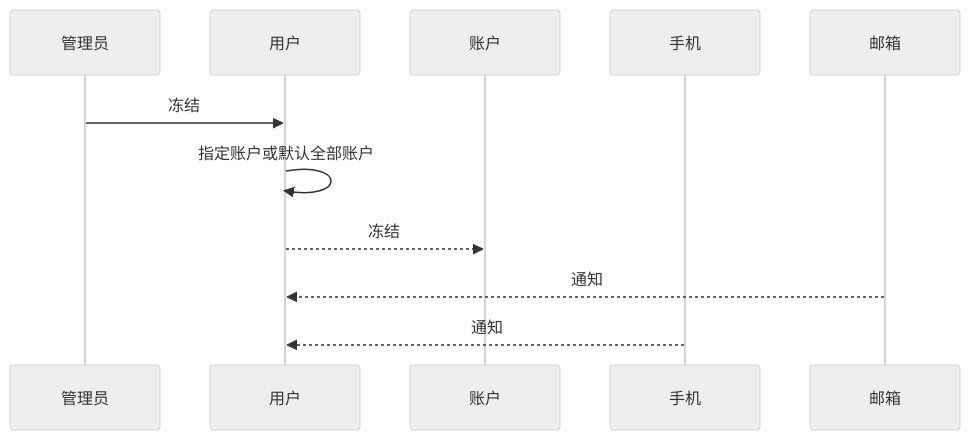
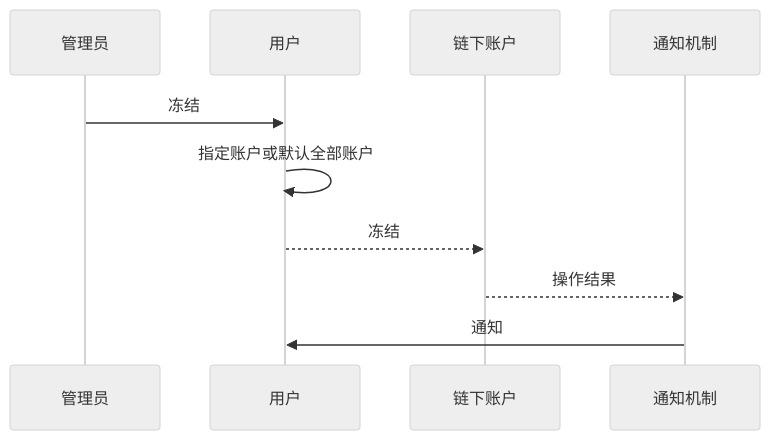
One commit to neomaclin/designdoc changed the fifth of 15 diagrams in Readme.md. Above: the diagram before and after it, drawn with Mermaid (neutral theme). The commit also changed other lines of this file, not shown here.

````diff
--- a/Readme.md
+++ b/Readme.md
@@ -75,16 +90,16 @@
 ```mermaid
 
 sequenceDiagram
     participant s as 管理员
     participant u as 用户
-    participant a as 账户
-    participant p as 手机
-    participant m as 邮箱
+    participant a as 链下账户
+    participant n as 通知机制
 
     s->>u: 冻结
     u->>u: 指定账户或默认全部账户
-    u-->>a: 冻结
-    m-->>u: 通知
-    p-->>u: 通知
+    u-->> a: 冻结
+    a-->> n: 操作结果
+    n->>u: 通知
+
 
 ```
````
